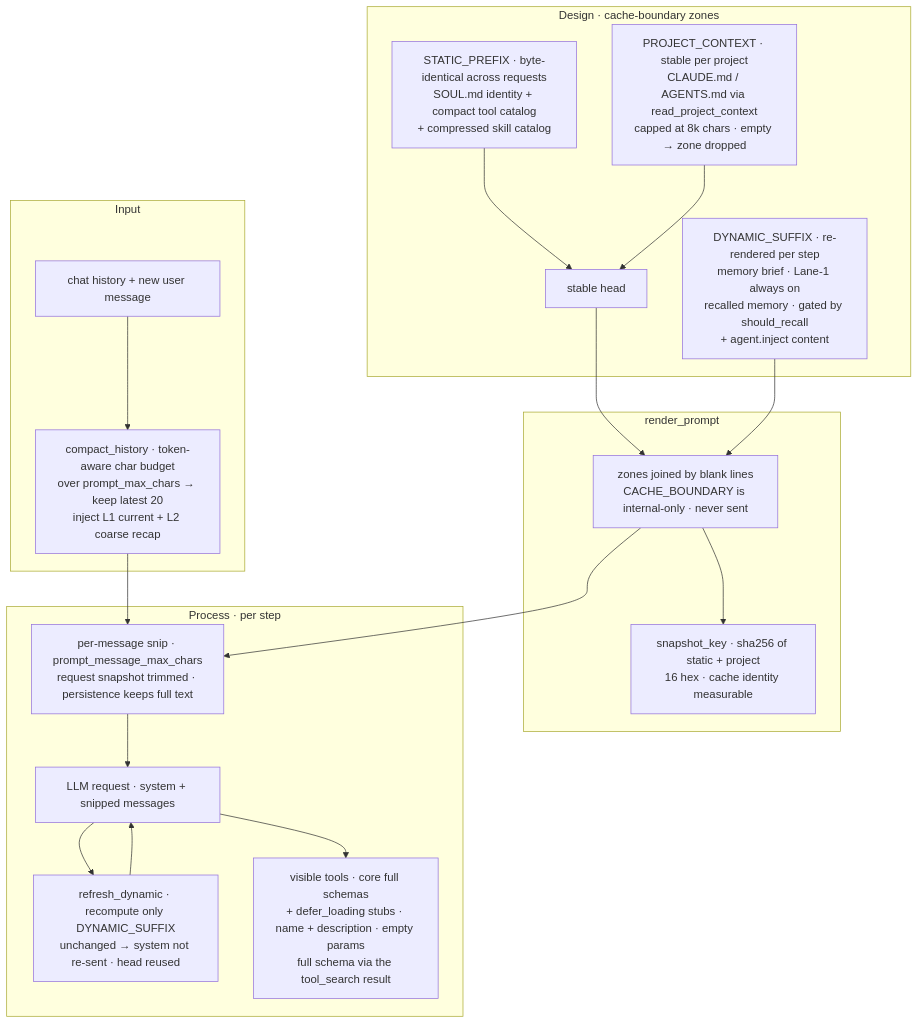
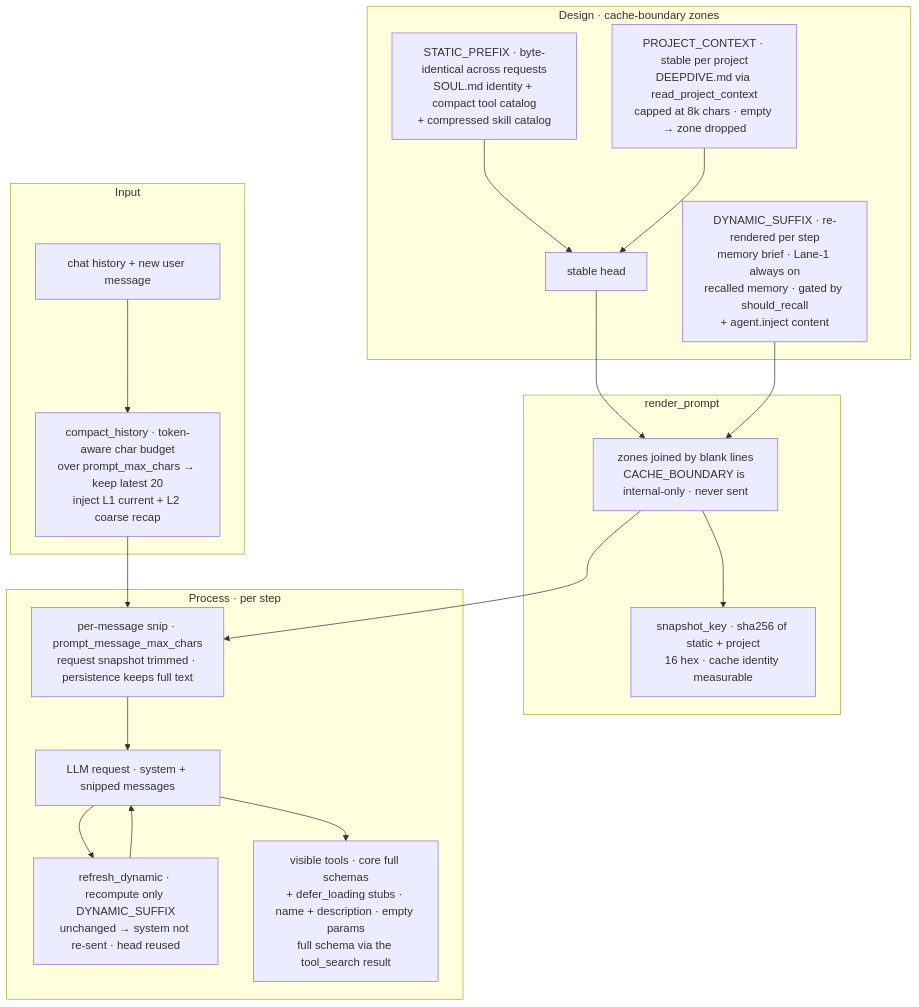
The fourth of 4 diagrams in README.md (Eric-LLMs/DeepDive), drawn with Mermaid before and after one commit. The commit also changed other lines of this file and 7 other files, not shown here.

First line of the commit message:
refactor: project context loader reads DEEPDIVE.md instead of CLAUDE.md/AGENTS.md

````diff
--- a/README.md
+++ b/README.md
@@ -144,40 +144,40 @@
 ```mermaid
 flowchart TB
     %% Prompt module: cache-boundary assembly + compression + deferred tool stubs.
     %% Invariants: the CACHE_BOUNDARY separator is internal-only and never rendered; the stable
     %% head (STATIC_PREFIX + PROJECT_CONTEXT) is byte-identical so the provider prefix cache is
     %% reused; only the DYNAMIC_SUFFIX re-renders per step and is skipped when unchanged; the
     %% per-message snip trims the request snapshot only, keeping the persistence copy raw; mounted
     %% tools appear as stable defer_loading stubs, with the full schema riding in the tool_search
     %% result.
 
     subgraph input["Input"]
         HIST["chat history + new user message"]
         AUTO["compact_history · token-aware char budget<br/>over prompt_max_chars → keep latest 20<br/>inject L1 current + L2 coarse recap"]
         HIST --> AUTO
     end
 
     subgraph zones["Design · cache-boundary zones"]
         SP["STATIC_PREFIX · byte-identical across requests<br/>SOUL.md identity + compact tool catalog<br/>+ compressed skill catalog"]
-        PC["PROJECT_CONTEXT · stable per project<br/>CLAUDE.md / AGENTS.md via read_project_context<br/>capped at 8k chars · empty → zone dropped"]
+        PC["PROJECT_CONTEXT · stable per project<br/>DEEPDIVE.md via read_project_context<br/>capped at 8k chars · empty → zone dropped"]
         DS["DYNAMIC_SUFFIX · re-rendered per step<br/>memory brief · Lane-1 always on<br/>recalled memory · gated by should_recall<br/>+ agent.inject content"]
         SP --> HEAD["stable head"]
         PC --> HEAD
     end
 
     subgraph render["render_prompt"]
         HEAD --> RENDER
         DS --> RENDER
         RENDER["zones joined by blank lines<br/>CACHE_BOUNDARY is internal-only · never sent"]
         RENDER --> KEY["snapshot_key · sha256 of static + project<br/>16 hex · cache identity measurable"]
     end
 
     subgraph perstep["Process · per step"]
         RENDER --> SNIP["per-message snip · prompt_message_max_chars<br/>request snapshot trimmed · persistence keeps full text"]
         AUTO --> SNIP
         SNIP --> REQ["LLM request · system + snipped messages"]
         REQ --> REFRESH["refresh_dynamic · recompute only DYNAMIC_SUFFIX<br/>unchanged → system not re-sent · head reused"]
         REQ --> TOOLS["visible tools · core full schemas<br/>+ defer_loading stubs · name + description · empty params<br/>full schema via the tool_search result"]
         REFRESH --> REQ
     end
 ```
````
